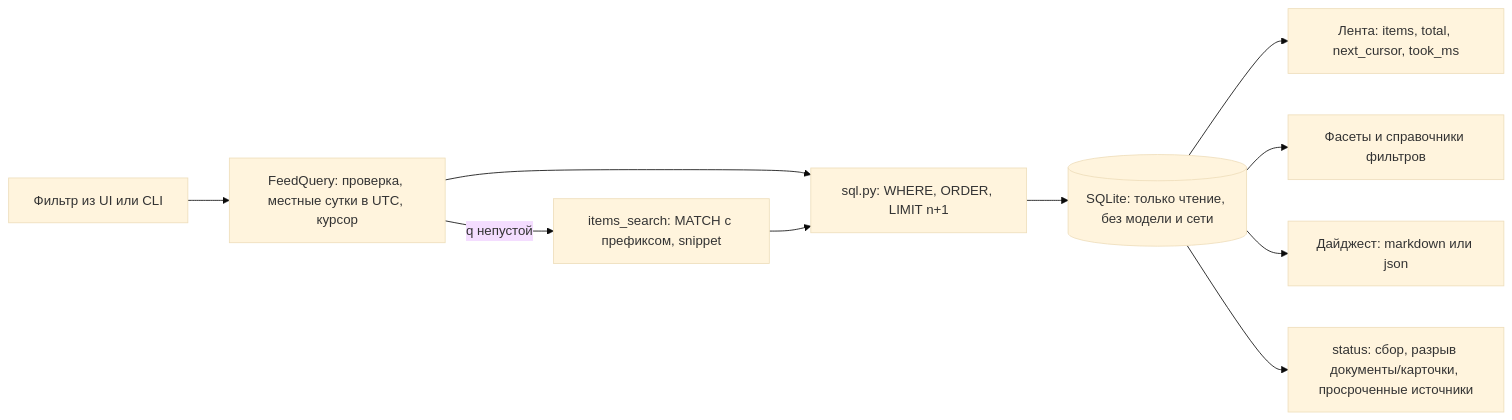
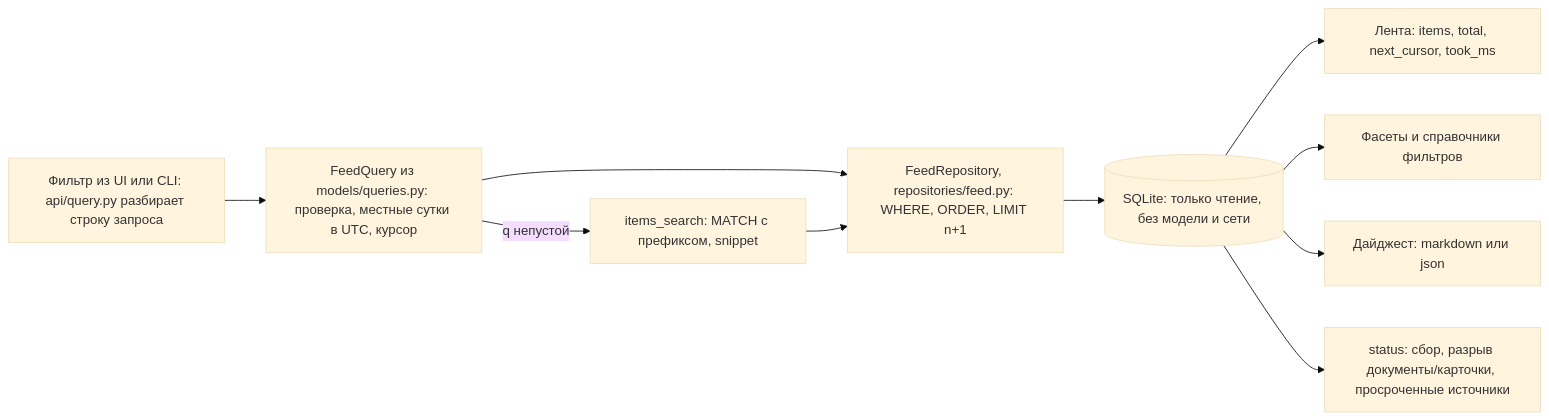
The fourth of 4 diagrams in docs/architecture.md (youngwow/ai-analytics-hub), drawn with Mermaid (base theme) before and after one commit. The commit also changed other lines of this file and 154 other files, not shown here.

````diff
--- a/docs/architecture.md
+++ b/docs/architecture.md
@@ -103,12 +106,12 @@
 ```mermaid
 flowchart LR
-    IN[Фильтр из UI или CLI] --> FQ[FeedQuery: проверка, местные сутки в UTC, курсор]
-    FQ --> SQ[sql.py: WHERE, ORDER, LIMIT n+1]
+    IN[Фильтр из UI или CLI: api/query.py разбирает строку запроса] --> FQ[FeedQuery из models/queries.py: проверка, местные сутки в UTC, курсор]
+    FQ --> SQ[FeedRepository, repositories/feed.py: WHERE, ORDER, LIMIT n+1]
     FQ -->|q непустой| FTS[items_search: MATCH с префиксом, snippet]
     FTS --> SQ
     SQ --> DB[(SQLite: только чтение, без модели и сети)]
     DB --> FEED[Лента: items, total, next_cursor, took_ms]
     DB --> FAC[Фасеты и справочники фильтров]
     DB --> DG[Дайджест: markdown или json]
     DB --> ST[status: сбор, разрыв документы/карточки, просроченные источники]
 ```
````
